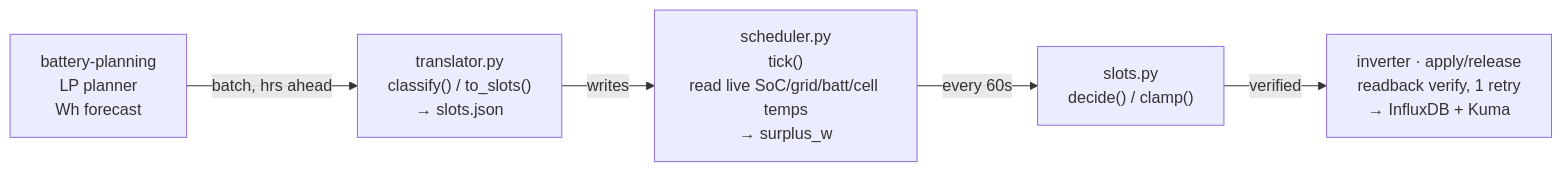
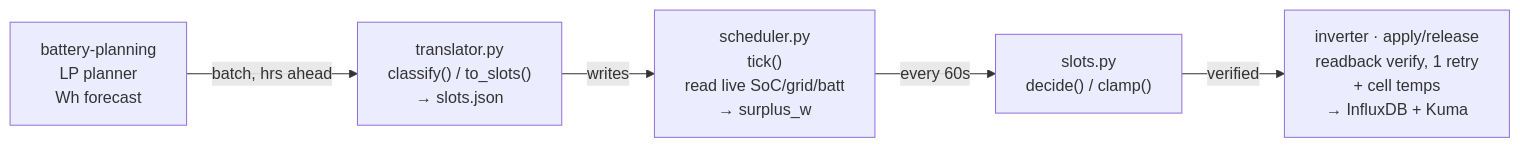
Before and after one commit to sandeepthukral/alphaess-collector: the first of 3 diagrams in docs/DISPATCH-FLOW.md, drawn with Mermaid. The commit also changed other lines of this file and 7 other files, not shown here.

````diff
--- a/docs/DISPATCH-FLOW.md
+++ b/docs/DISPATCH-FLOW.md
@@ -10,7 +10,7 @@
 ```mermaid
 flowchart LR
     P["battery-planning<br/>LP planner<br/>Wh forecast"] -->|batch, hrs ahead| T
     T["translator.py<br/>classify() / to_slots()<br/>→ slots.json"] -->|writes| S
-    S["scheduler.py<br/>tick()<br/>read live SoC/grid/batt/cell temps<br/>→ surplus_w"] -->|every 60s| D
-    D["slots.py<br/>decide() / clamp()"] -->|verified| I["inverter · apply/release<br/>readback verify, 1 retry<br/>→ InfluxDB + Kuma"]
+    S["scheduler.py<br/>tick()<br/>read live SoC/grid/batt<br/>→ surplus_w"] -->|every 60s| D
+    D["slots.py<br/>decide() / clamp()"] -->|verified| I["inverter · apply/release<br/>readback verify, 1 retry<br/>+ cell temps<br/>→ InfluxDB + Kuma"]
 ```
````
